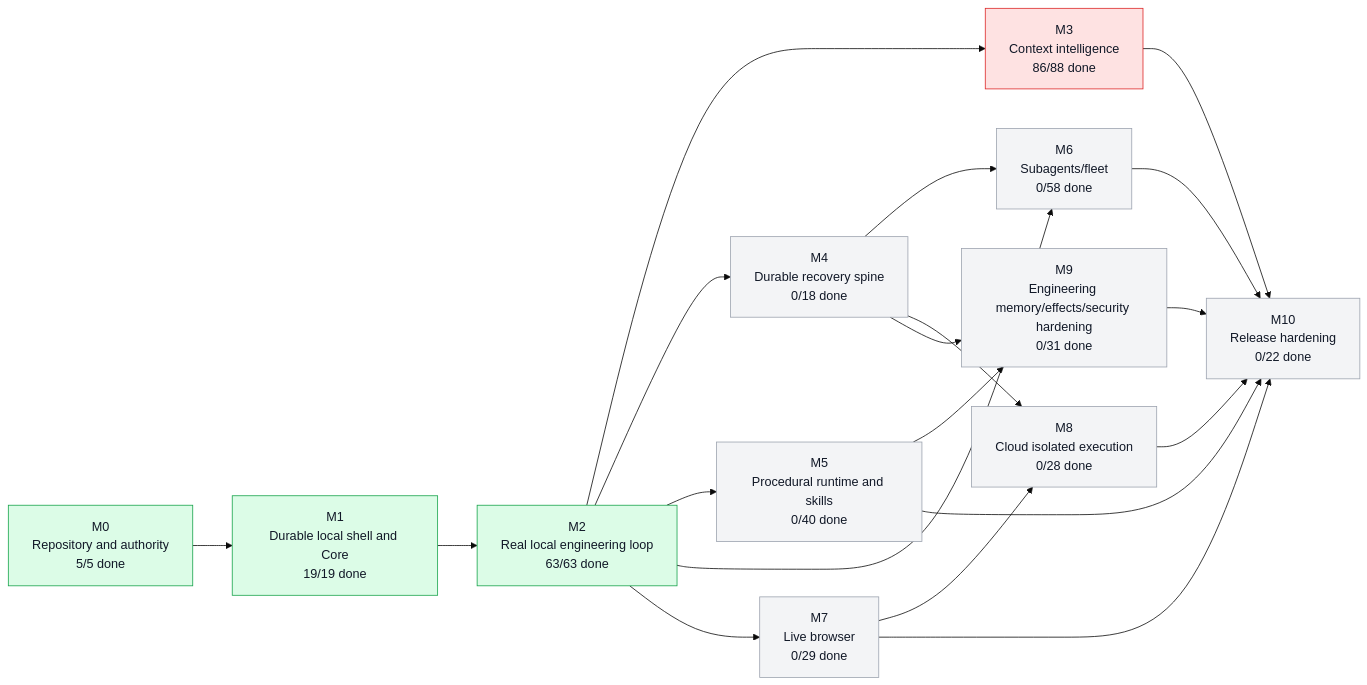
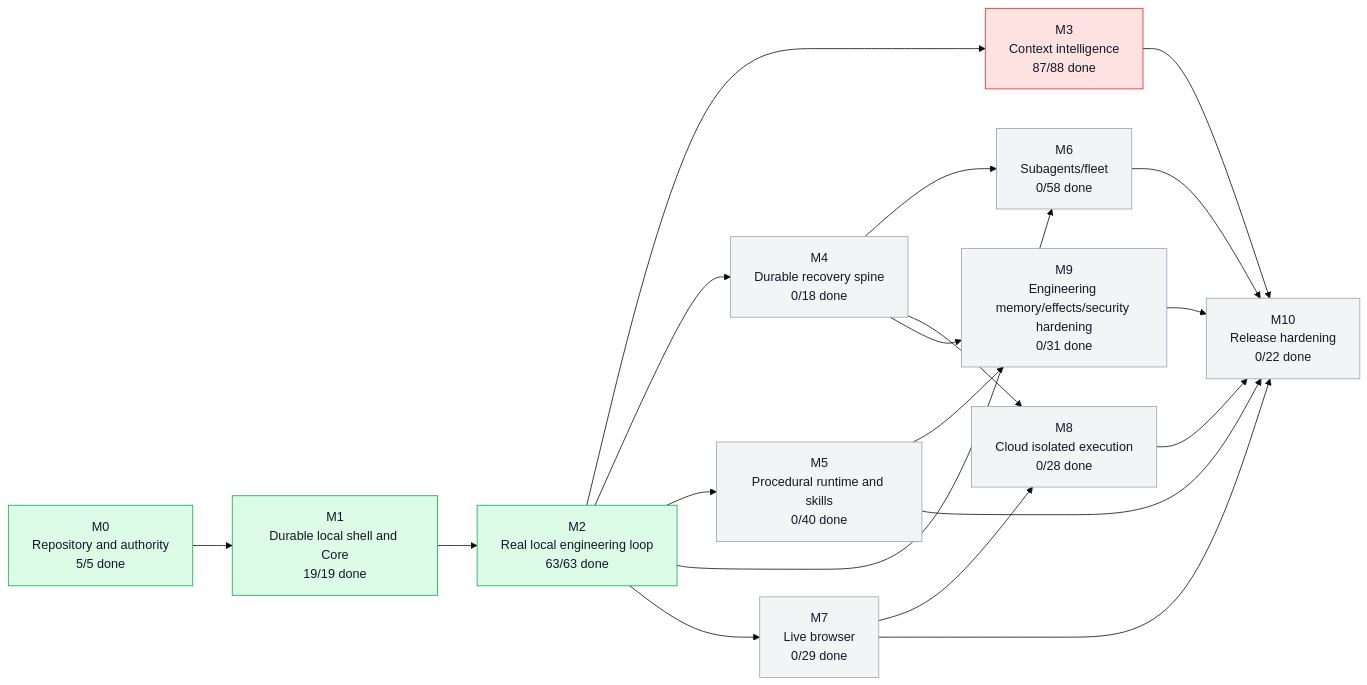
One commit to moss101/modbit changed the first of 5 diagrams in graph/PROJECT_GRAPH.md. Above: the diagram before and after it, drawn with Mermaid (base theme). The commit also changed other lines of this file and 6 other files, not shown here.

````diff
--- a/graph/PROJECT_GRAPH.md
+++ b/graph/PROJECT_GRAPH.md
@@ -57,43 +57,43 @@
 ```mermaid
 flowchart LR
   M0["M0<br/>Repository and authority<br/>5/5 done"]
   M1["M1<br/>Durable local shell and Core<br/>19/19 done"]
   M2["M2<br/>Real local engineering loop<br/>63/63 done"]
-  M3["M3<br/>Context intelligence<br/>86/88 done"]
+  M3["M3<br/>Context intelligence<br/>87/88 done"]
   M4["M4<br/>Durable recovery spine<br/>0/18 done"]
   M5["M5<br/>Procedural runtime and skills<br/>0/40 done"]
   M6["M6<br/>Subagents/fleet<br/>0/58 done"]
   M7["M7<br/>Live browser<br/>0/29 done"]
   M8["M8<br/>Cloud isolated execution<br/>0/28 done"]
   M9["M9<br/>Engineering memory/effects/security hardening<br/>0/31 done"]
   M10["M10<br/>Release hardening<br/>0/22 done"]
   M0 --> M1
   M1 --> M2
   M2 --> M3
   M2 --> M4
   M2 --> M5
   M2 --> M6
   M4 --> M6
   M2 --> M7
   M4 --> M8
   M7 --> M8
   M4 --> M9
   M5 --> M9
   M3 --> M10
   M5 --> M10
   M6 --> M10
   M7 --> M10
   M8 --> M10
   M9 --> M10
   style M0 fill:#dcfce7,stroke:#16a34a,color:#111827
   style M1 fill:#dcfce7,stroke:#16a34a,color:#111827
   style M2 fill:#dcfce7,stroke:#16a34a,color:#111827
   style M3 fill:#fee2e2,stroke:#dc2626,color:#111827
   style M4 fill:#f3f4f6,stroke:#9ca3af,color:#111827
   style M5 fill:#f3f4f6,stroke:#9ca3af,color:#111827
   style M6 fill:#f3f4f6,stroke:#9ca3af,color:#111827
   style M7 fill:#f3f4f6,stroke:#9ca3af,color:#111827
   style M8 fill:#f3f4f6,stroke:#9ca3af,color:#111827
   style M9 fill:#f3f4f6,stroke:#9ca3af,color:#111827
   style M10 fill:#f3f4f6,stroke:#9ca3af,color:#111827
 ```
````
